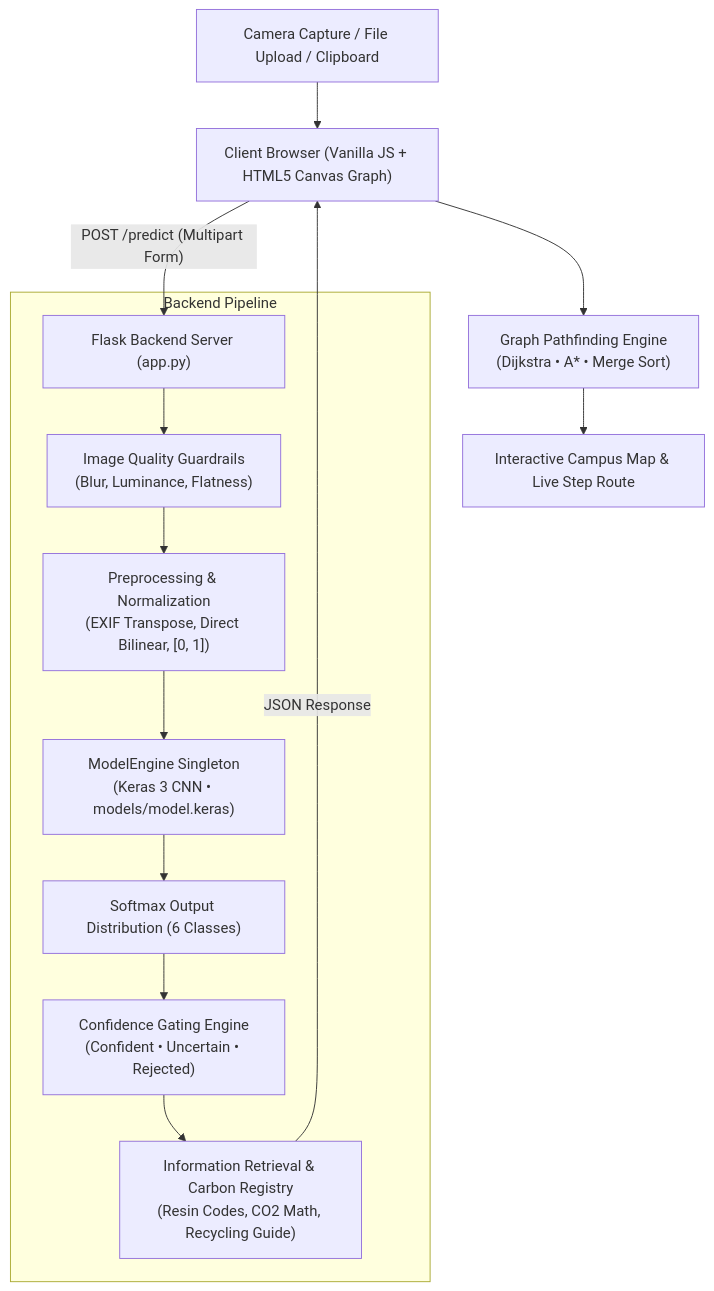
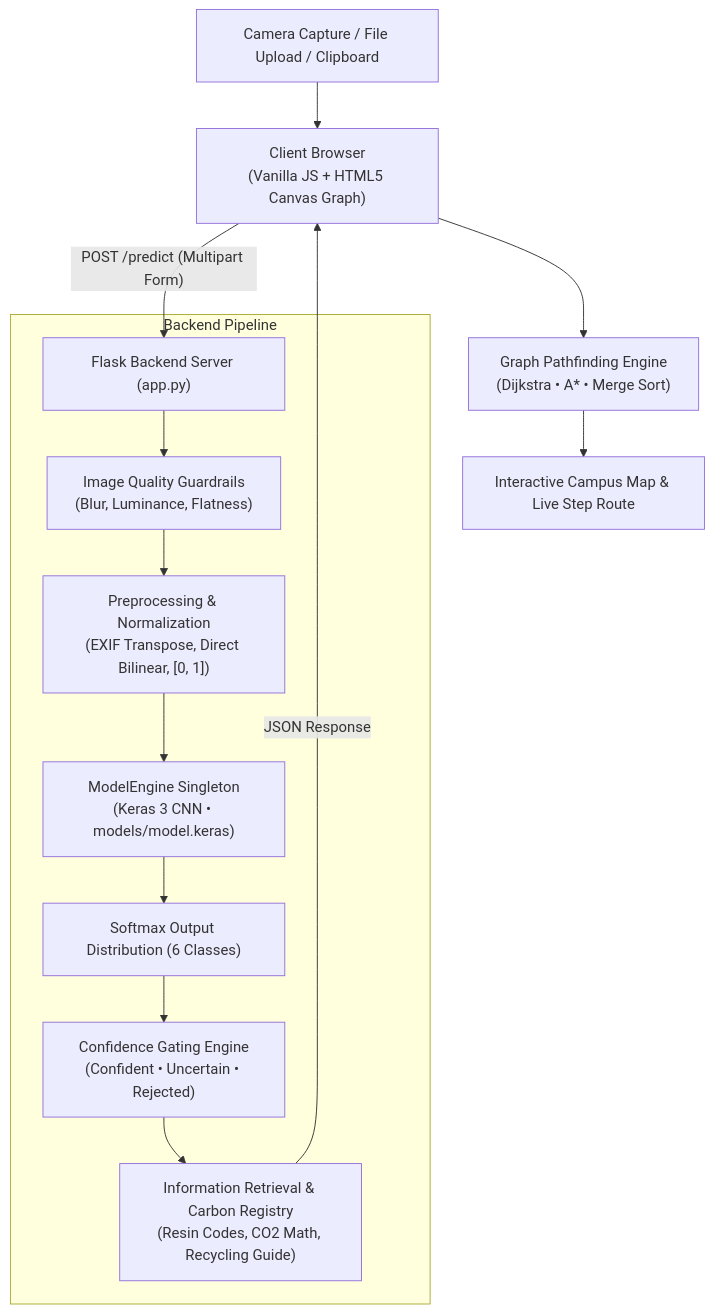
The first of 2 diagrams in README.md (nour714/EcoSort), drawn with Mermaid before and after one commit. The commit also changed other lines of this file, not shown here.

````diff
--- a/README.md
+++ b/README.md
@@ -52,19 +96,19 @@
 ```mermaid
 flowchart TD
-    Client["Client Browser (Vanilla JS + HTML5 Canvas Graph)"]
+    Client["Client Browser<br/>(Vanilla JS + HTML5 Canvas Graph)"]
     Camera["Camera Capture / File Upload / Clipboard"] --> Client
     Client -->|"POST /predict (Multipart Form)"| Flask["Flask Backend Server (app.py)"]
     
     subgraph Backend Pipeline
-        Flask --> Quality["Image Quality Guardrails\n(Blur, Luminance, Flatness)"]
-        Quality --> Preproc["Preprocessing & Normalization\n(EXIF Transpose, Direct Bilinear, [0, 1])"]
-        Preproc --> ModelEngine["ModelEngine Singleton\n(Keras 3 CNN &bull; models/model.keras)"]
+        Flask --> Quality["Image Quality Guardrails<br/>(Blur, Luminance, Flatness)"]
+        Quality --> Preproc["Preprocessing & Normalization<br/>(EXIF Transpose, Direct Bilinear, [0, 1])"]
+        Preproc --> ModelEngine["ModelEngine Singleton<br/>(Keras 3 CNN &bull; models/model.keras)"]
         ModelEngine --> Softmax["Softmax Output Distribution (6 Classes)"]
-        Softmax --> Gating["Confidence Gating Engine\n(Confident &bull; Uncertain &bull; Rejected)"]
-        Gating --> IR["Information Retrieval & Carbon Registry\n(Resin Codes, CO2 Math, Recycling Guide)"]
+        Softmax --> Gating["Confidence Gating Engine<br/>(Confident &bull; Uncertain &bull; Rejected)"]
+        Gating --> IR["Information Retrieval & Carbon Registry<br/>(Resin Codes, CO2 Math, Recycling Guide)"]
     end
     
     IR -->|"JSON Response"| Client
-    Client --> Pathfinding["Graph Pathfinding Engine\n(Dijkstra &bull; A* &bull; Merge Sort)"]
+    Client --> Pathfinding["Graph Pathfinding Engine<br/>(Dijkstra &bull; A* &bull; Merge Sort)"]
     Pathfinding --> MapUI["Interactive Campus Map & Live Step Route"]
 ```
````
